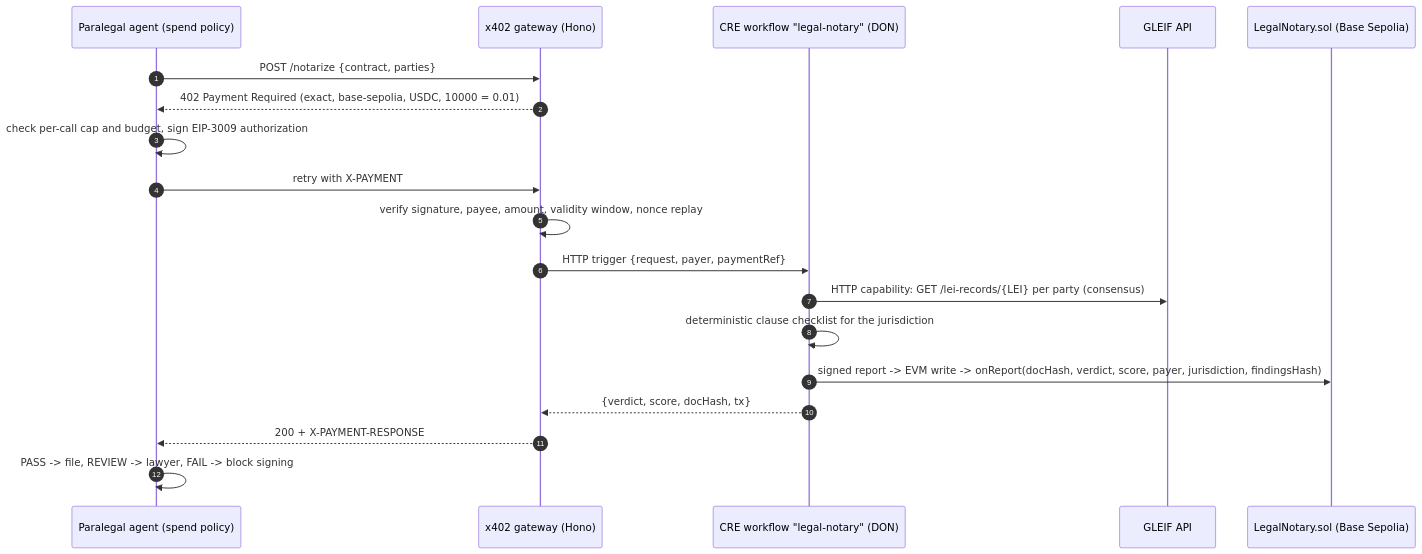
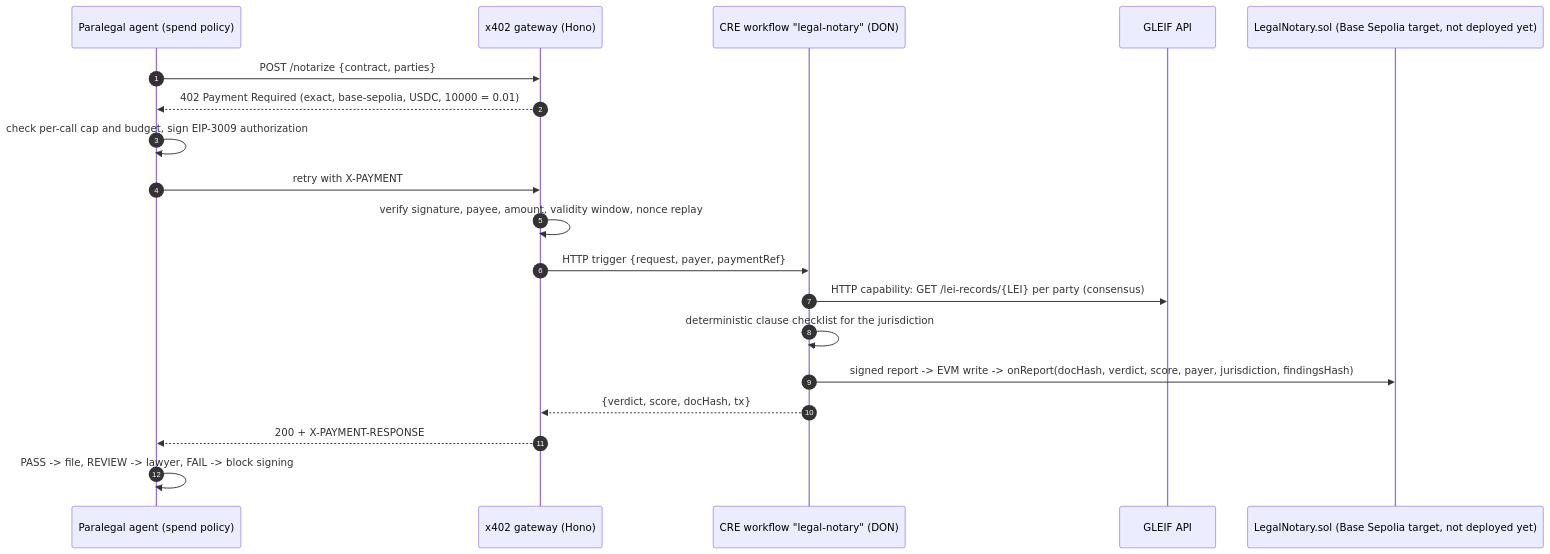
One commit to zwang1111/legal-notary-cre changed the diagram in docs/ARCHITECTURE.md. Above: the diagram before and after it, drawn with Mermaid. The commit also changed other lines of this file and 4 other files, not shown here.

Commit message:
Accurate status wording: CRE simulated end to end, Base Sepolia write target, deployment ready but not executed; link ARCHITECTURE.md; add DORAHACKS_DESCRIPTION.md

````diff
--- a/docs/ARCHITECTURE.md
+++ b/docs/ARCHITECTURE.md
@@ -3,21 +5,21 @@
 ```mermaid
 sequenceDiagram
     autonumber
     participant A as Paralegal agent (spend policy)
     participant G as x402 gateway (Hono)
     participant W as CRE workflow "legal-notary" (DON)
     participant L as GLEIF API
-    participant C as LegalNotary.sol (Base Sepolia)
+    participant C as LegalNotary.sol (Base Sepolia target, not deployed yet)
     A->>G: POST /notarize {contract, parties}
     G-->>A: 402 Payment Required (exact, base-sepolia, USDC, 10000 = 0.01)
     A->>A: check per-call cap and budget, sign EIP-3009 authorization
     A->>G: retry with X-PAYMENT
     G->>G: verify signature, payee, amount, validity window, nonce replay
     G->>W: HTTP trigger {request, payer, paymentRef}
     W->>L: HTTP capability: GET /lei-records/{LEI} per party (consensus)
     W->>W: deterministic clause checklist for the jurisdiction
     W->>C: signed report -> EVM write -> onReport(docHash, verdict, score, payer, jurisdiction, findingsHash)
     W-->>G: {verdict, score, docHash, tx}
     G-->>A: 200 + X-PAYMENT-RESPONSE
     A->>A: PASS -> file, REVIEW -> lawyer, FAIL -> block signing
 ```
````
